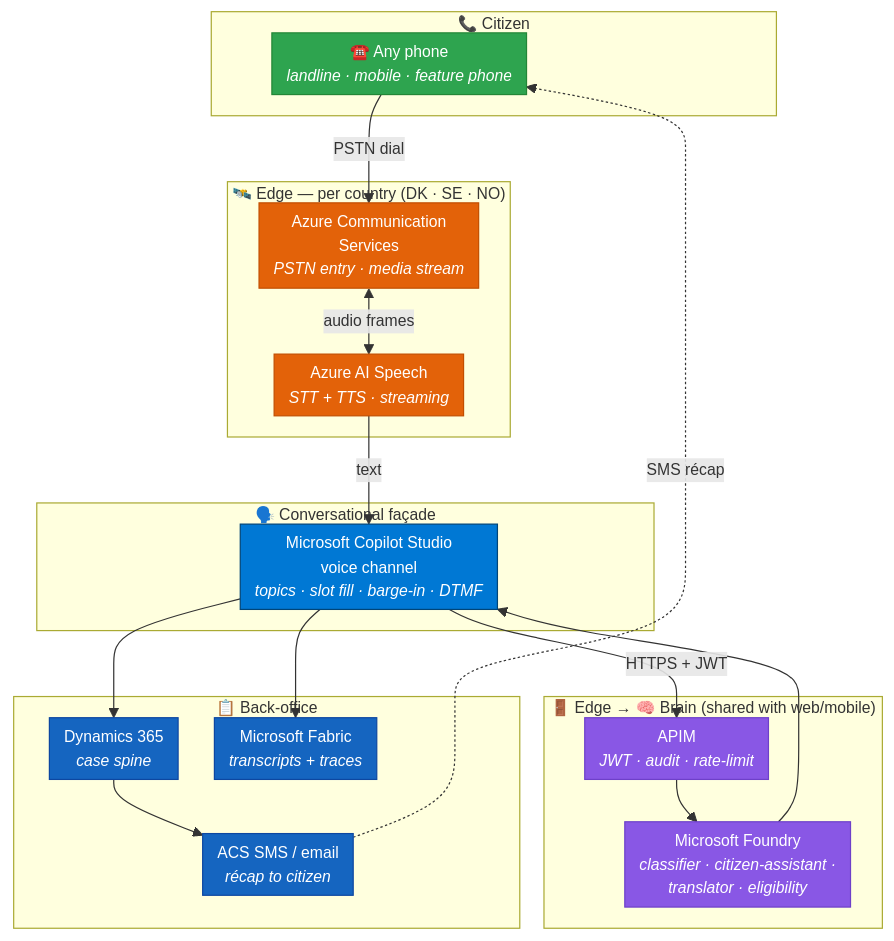
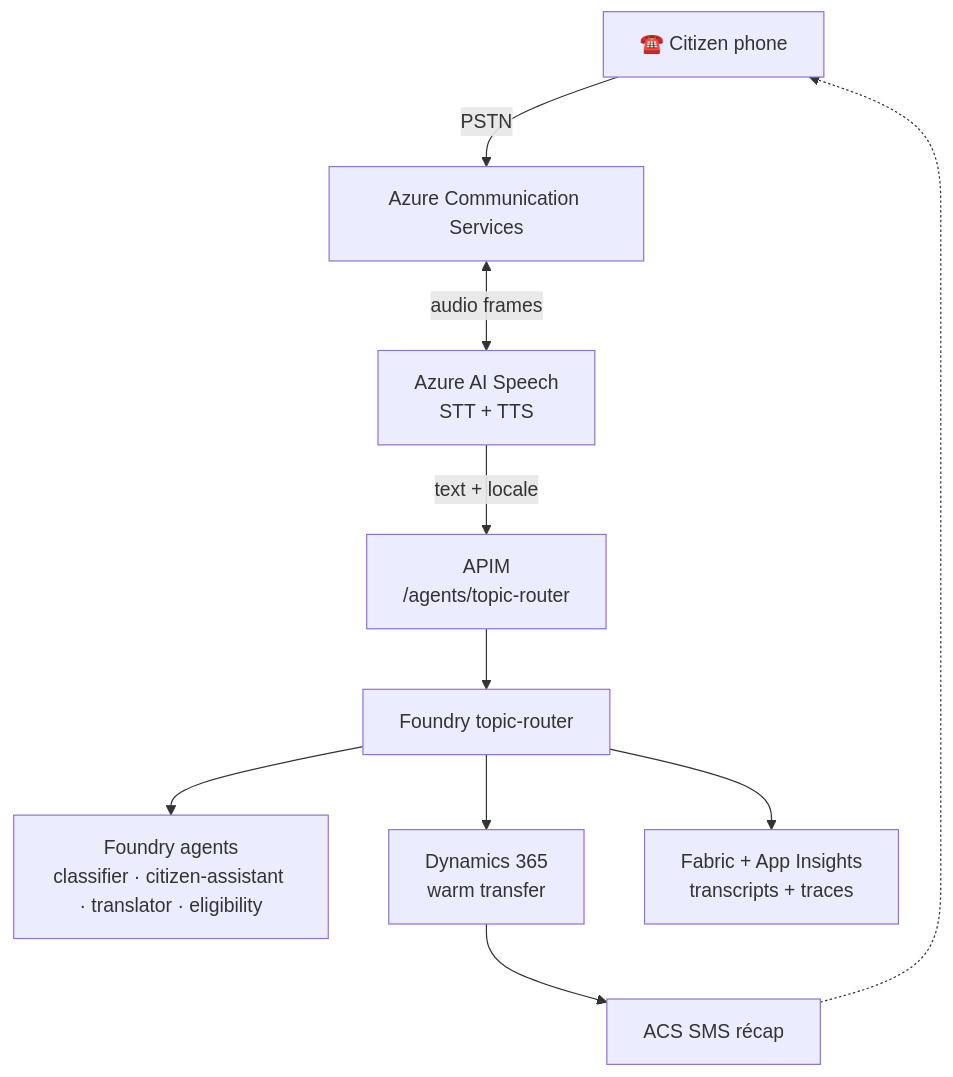
One commit to fredgis/UDCSP changed the first of 5 diagrams in docs/biz/voice.md. Above: the diagram before and after it, drawn with Mermaid. The commit also changed other lines of this file and 193 other files, not shown here.

````diff
--- a/docs/biz/voice.md
+++ b/docs/biz/voice.md
@@ -71,50 +74,12 @@
 ```mermaid
-%%{ init: { 'flowchart': { 'nodeSpacing': 30, 'rankSpacing': 35, 'padding': 6 }, 'themeVariables': { 'fontSize': '13px' } } }%%
 flowchart TB
-    subgraph CITIZEN["📞 Citizen"]
-        PHONE["☎️ Any phone<br/><i>landline · mobile · feature phone</i>"]
-    end
-
-    subgraph EDGE["🛰️ Edge — per country (DK · SE · NO)"]
-        ACS["Azure Communication<br/>Services<br/><i>PSTN entry · media stream</i>"]
-        SPEECH["Azure AI Speech<br/><i>STT + TTS · streaming</i>"]
-    end
-
-    subgraph FACADE["🗣️ Conversational façade"]
-        CS["Microsoft Copilot Studio<br/>voice channel<br/><i>topics · slot fill · barge-in · DTMF</i>"]
-    end
-
-    subgraph CORE["🚪 Edge → 🧠 Brain (shared with web/mobile)"]
-        APIM["APIM<br/><i>JWT · audit · rate-limit</i>"]
-        FOUNDRY["Microsoft Foundry<br/><i>classifier · citizen-assistant ·<br/>translator · eligibility</i>"]
-    end
-
-    subgraph BACK["📋 Back-office"]
-        D365["Dynamics 365<br/><i>case spine</i>"]
-        FABRIC["Microsoft Fabric<br/><i>transcripts + traces</i>"]
-        ACSOUT["ACS SMS / email<br/><i>récap to citizen</i>"]
-    end
-
-    PHONE -->|PSTN dial| ACS
-    ACS <-->|audio frames| SPEECH
-    SPEECH -->|text| CS
-    CS -->|HTTPS + JWT| APIM
-    APIM --> FOUNDRY
-    FOUNDRY --> CS
-    CS --> D365
-    CS --> FABRIC
-    D365 --> ACSOUT
-    ACSOUT -.->|SMS récap| PHONE
-
-    classDef edge fill:#e36209,stroke:#c24e00,color:#fff
-    classDef facade fill:#0078d4,stroke:#004578,color:#fff
-    classDef brain fill:#8957e5,stroke:#6e40c9,color:#fff
-    classDef back fill:#1565c0,stroke:#0d47a1,color:#fff
-    classDef cit fill:#2ea44f,stroke:#238636,color:#fff
-
-    class PHONE cit
-    class ACS,SPEECH edge
-    class CS facade
-    class APIM,FOUNDRY brain
-    class D365,FABRIC,ACSOUT back
+    PHONE["☎️ Citizen phone"] -->|PSTN| ACS["Azure Communication Services"]
+    ACS <-->|audio frames| SPEECH["Azure AI Speech<br/>STT + TTS"]
+    SPEECH -->|text + locale| APIM["APIM<br/>/agents/topic-router"]
+    APIM --> ROUTER["Foundry topic-router"]
+    ROUTER --> FOUNDRY["Foundry agents<br/>classifier · citizen-assistant · translator · eligibility"]
+    ROUTER --> D365["Dynamics 365<br/>warm transfer"]
+    ROUTER --> FABRIC["Fabric + App Insights<br/>transcripts + traces"]
+    D365 --> ACSOUT["ACS SMS récap"]
+    ACSOUT -.-> PHONE
 ```
````
